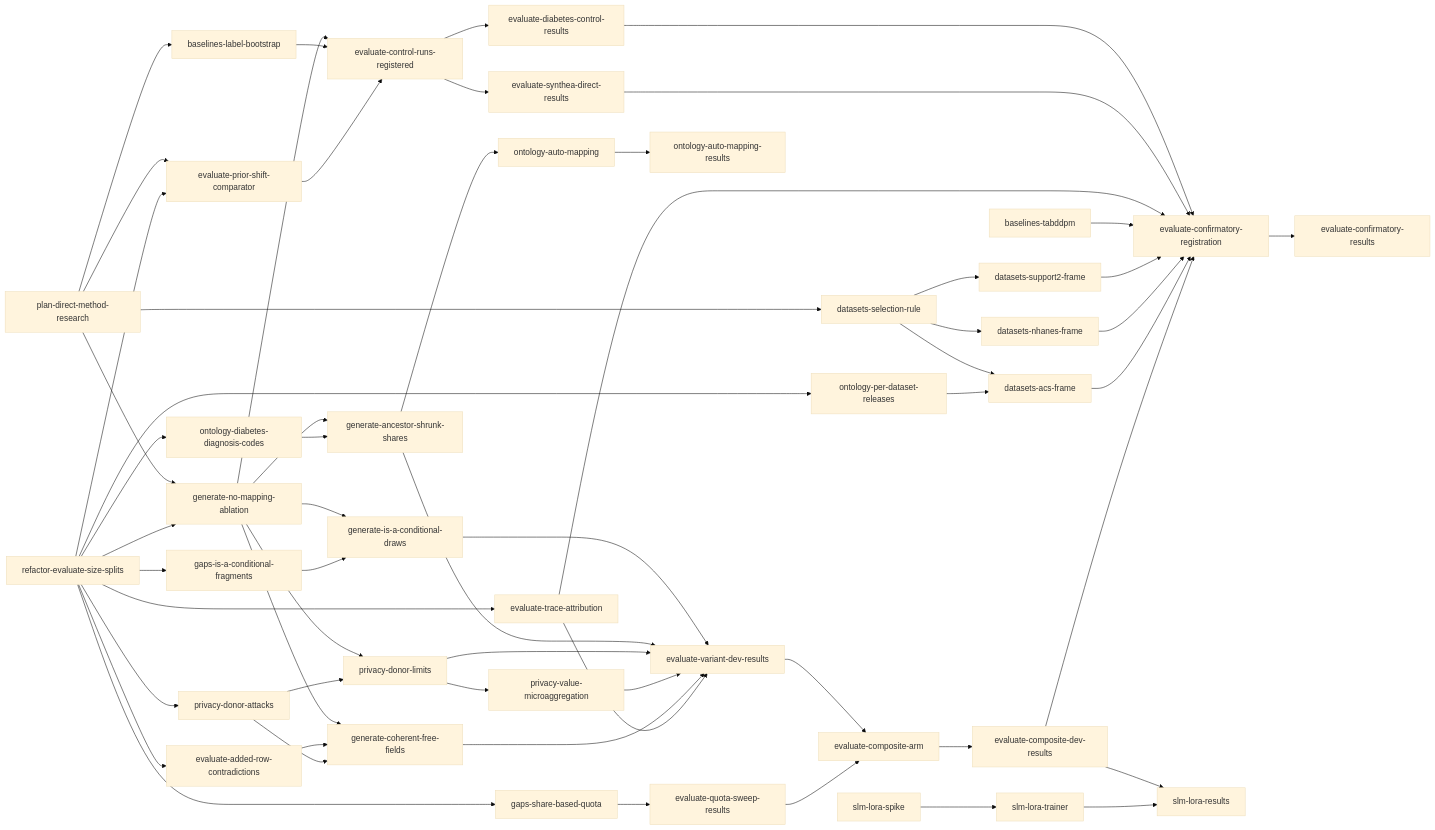
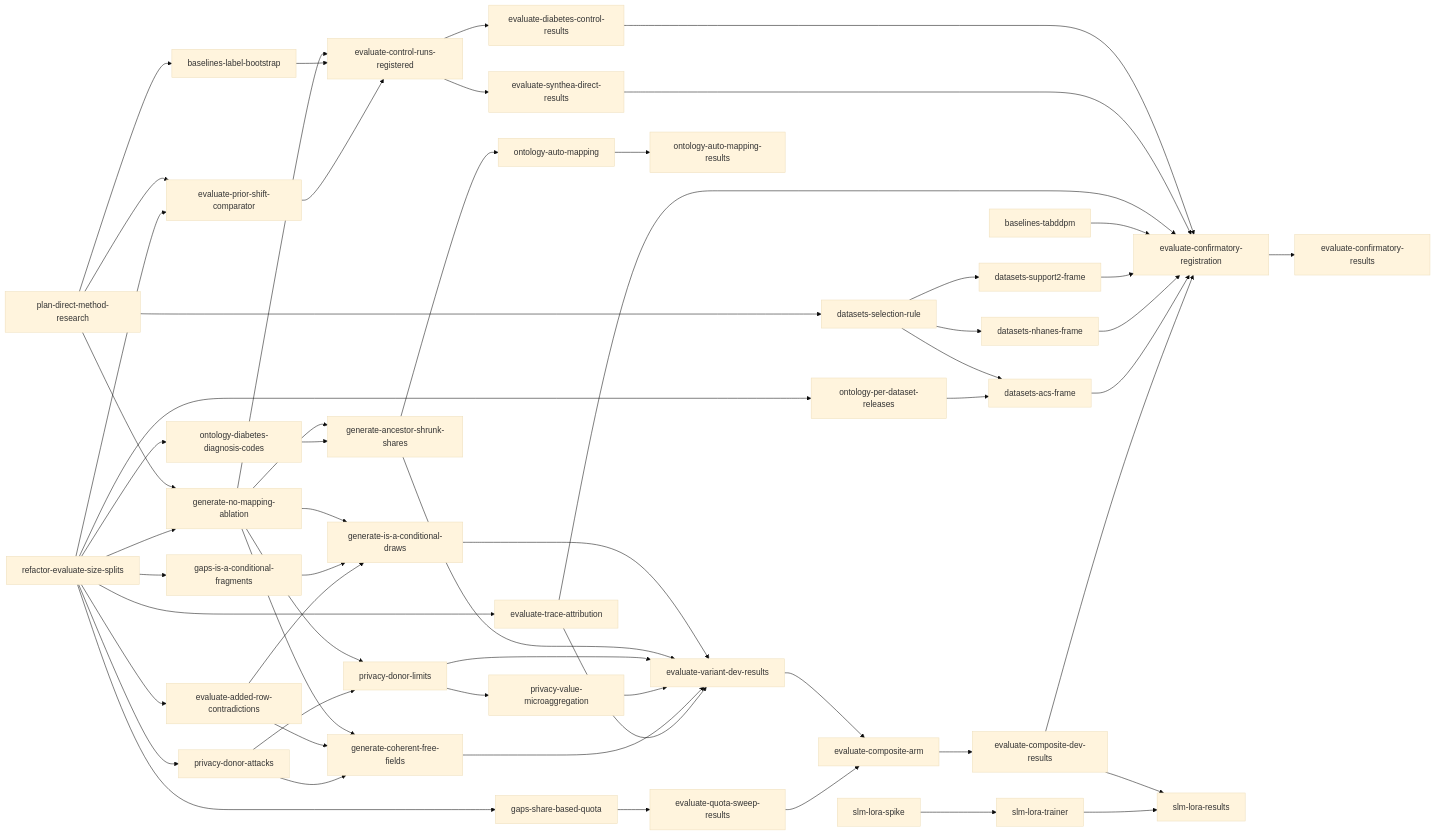
Before and after one commit to joe-dartmouth/synthetic: the diagram in tasks/direct-index.md, drawn with Mermaid (base theme). The commit also changed other lines of this file and 2 other files, not shown here.

````diff
--- a/tasks/direct-index.md
+++ b/tasks/direct-index.md
@@ -77,59 +77,60 @@
 ```mermaid
 flowchart LR
     u1[plan-direct-method-research] --> u3[generate-no-mapping-ablation]
     u2[refactor-evaluate-size-splits] --> u3
     u1 --> u4[baselines-label-bootstrap]
     u1 --> u5[evaluate-prior-shift-comparator]
     u2 --> u5
     u3 --> u6[evaluate-control-runs-registered]
     u4 --> u6
     u5 --> u6
     u6 --> u7[evaluate-diabetes-control-results]
     u6 --> u8[evaluate-synthea-direct-results]
     u2 --> u9[evaluate-added-row-contradictions]
     u2 --> u10[gaps-is-a-conditional-fragments]
     u3 --> u11[generate-is-a-conditional-draws]
     u10 --> u11
+    u9 --> u11
     u2 --> u12[ontology-diabetes-diagnosis-codes]
     u3 --> u13[generate-ancestor-shrunk-shares]
     u12 --> u13
     u2 --> u14[privacy-donor-attacks]
     u3 --> u15[privacy-donor-limits]
     u14 --> u15
     u15 --> u16[privacy-value-microaggregation]
     u3 --> u17[generate-coherent-free-fields]
     u9 --> u17
     u14 --> u17
     u2 --> u18[evaluate-trace-attribution]
     u11 --> u19[evaluate-variant-dev-results]
     u13 --> u19
     u15 --> u19
     u16 --> u19
     u17 --> u19
     u18 --> u19
     u2 --> u20[gaps-share-based-quota]
     u20 --> u21[evaluate-quota-sweep-results]
     u1 --> u23[datasets-selection-rule]
     u2 --> u24[ontology-per-dataset-releases]
     u23 --> u25[datasets-support2-frame]
     u23 --> u26[datasets-nhanes-frame]
     u23 --> u27[datasets-acs-frame]
     u24 --> u27
     u19 --> u28[evaluate-composite-arm]
     u21 --> u28
     u28 --> u29[evaluate-composite-dev-results]
     u7 --> u30[evaluate-confirmatory-registration]
     u8 --> u30
     u18 --> u30
     u22[baselines-tabddpm] --> u30
     u25 --> u30
     u26 --> u30
     u27 --> u30
     u29 --> u30
     u30 --> u31[evaluate-confirmatory-results]
     u13 --> u32[ontology-auto-mapping]
     u32 --> u33[ontology-auto-mapping-results]
     u34[slm-lora-spike] --> u35[slm-lora-trainer]
     u29 --> u36[slm-lora-results]
     u35 --> u36
 ```
````
